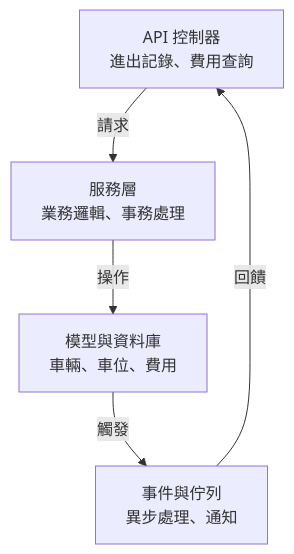
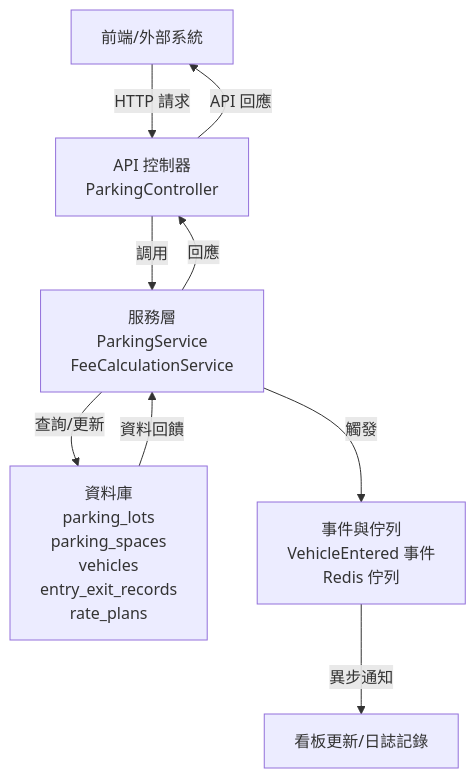
Before and after one commit to BpsEason/parking-management-system-full: the diagram in README.md, drawn with Mermaid.

````diff
--- a/README.md
+++ b/README.md
@@ -12,7 +12,11 @@
 ```mermaid
 graph TD
-    A[API 控制器<br>進出記錄、費用查詢] -->|請求| B[服務層<br>業務邏輯、事務處理]
-    B -->|操作| C[模型與資料庫<br>車輛、車位、費用]
-    C -->|觸發| D[事件與佇列<br>異步處理、通知]
-    D -->|回饋| A
+    A[前端/外部系統] -->|HTTP 請求| B[API 控制器<br>ParkingController]
+    B -->|調用| C[服務層<br>ParkingService<br>FeeCalculationService]
+    C -->|查詢/更新| D[資料庫<br>parking_lots<br>parking_spaces<br>vehicles<br>entry_exit_records<br>rate_plans]
+    C -->|觸發| E[事件與佇列<br>VehicleEntered 事件<br>Redis 佇列]
+    E -->|異步通知| F[看板更新/日誌記錄]
+    D -->|資料回饋| C
+    C -->|回應| B
+    B -->|API 回應| A
 ```
````
